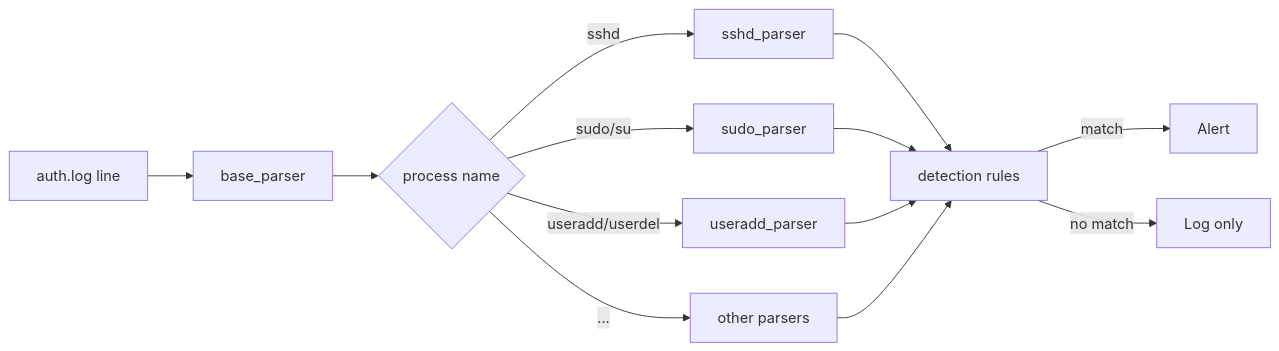
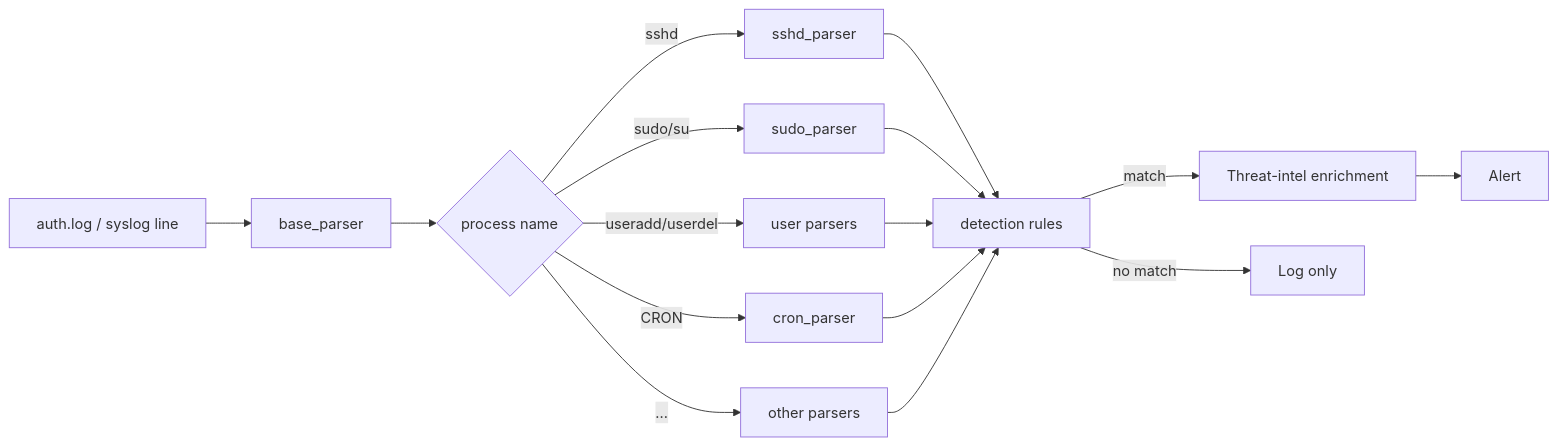
One commit to jjkusio/SIEM-TOOL changed the diagram in README.md. Above: the diagram before and after it, drawn with Mermaid. The commit also changed other lines of this file, not shown here.

````diff
--- a/README.md
+++ b/README.md
@@ -37,12 +38,14 @@
 ```mermaid
 graph LR
-A[auth.log line] --> B[base_parser]
+A[auth.log / syslog line] --> B[base_parser]
 B --> C{process name}
 C -->|sshd| D[sshd_parser]
 C -->|sudo/su| E[sudo_parser]
-C -->|useradd/userdel| F[useradd_parser]
+C -->|useradd/userdel| F[user parsers]
+C -->|CRON| K[cron_parser]
 C -->|...| G[other parsers]
-D & E & F & G --> H[detection rules]
-H -->|match| I[Alert]
+D & E & F & K & G --> H[detection rules]
+H -->|match| I[Threat-intel enrichment]
+I --> L[Alert]
 H -->|no match| J[Log only]
 ```
````
